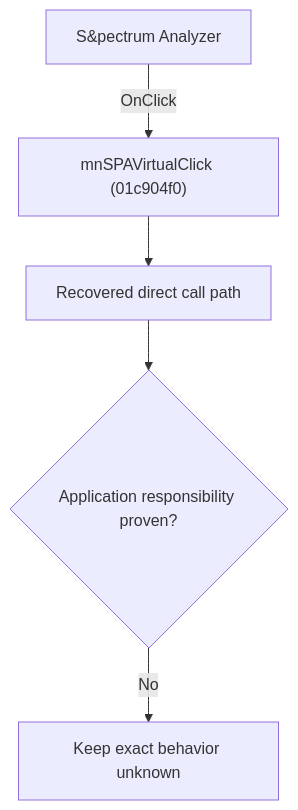
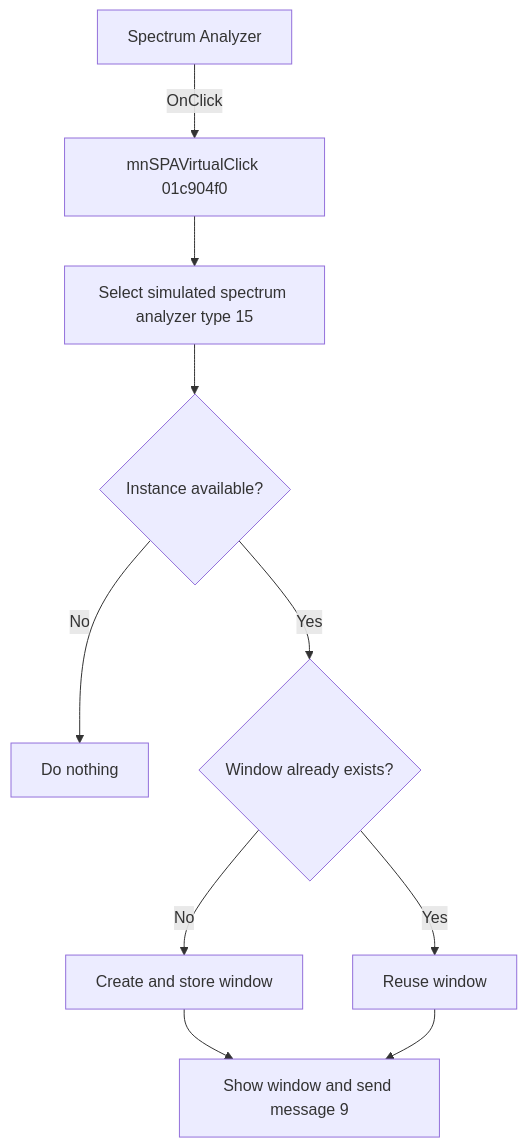
The diagram in docs/ui-controls/schematiceditor/spectrumanalyzer-11a1e69228.md (MovGP0/TIARA), drawn with Mermaid before and after one commit. The commit also changed other lines of this file and 241 other files, not shown here.

````diff
--- a/docs/ui-controls/schematiceditor/spectrumanalyzer-11a1e69228.md
+++ b/docs/ui-controls/schematiceditor/spectrumanalyzer-11a1e69228.md
@@ -27,7 +22,12 @@
 ```mermaid
 flowchart TD
-    control["S&pectrum Analyzer"] -->|"OnClick"| handler["mnSPAVirtualClick (01c904f0)"]
-    handler --> recovered["Recovered direct call path"]
-    recovered --> gap{"Application responsibility proven?"}
-    gap -->|"No"| blocked["Keep exact behavior unknown"]
+    control["Spectrum Analyzer"] -->|"OnClick"| handler["mnSPAVirtualClick 01c904f0"]
+    handler --> coordinator["Select simulated spectrum analyzer type 15"]
+    coordinator --> available{"Instance available?"}
+    available -->|"No"| noOp["Do nothing"]
+    available -->|"Yes"| slot{"Window already exists?"}
+    slot -->|"No"| create["Create and store window"]
+    slot -->|"Yes"| reuse["Reuse window"]
+    create --> show["Show window and send message 9"]
+    reuse --> show
 ```
````
